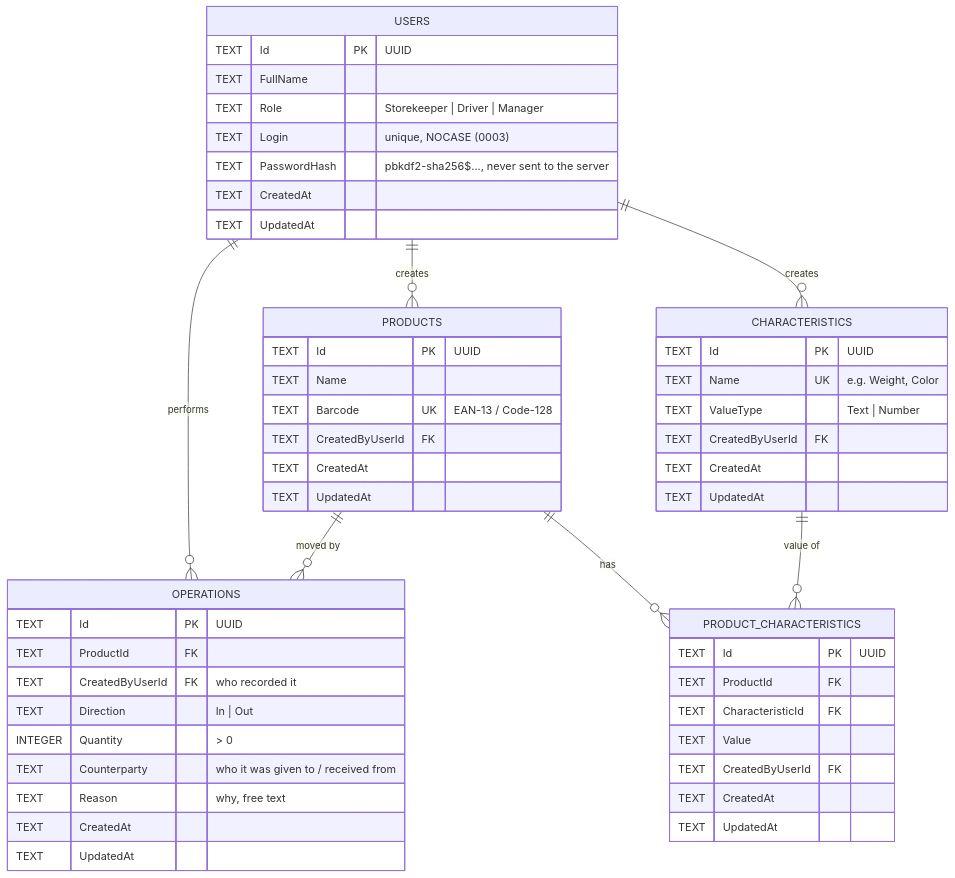
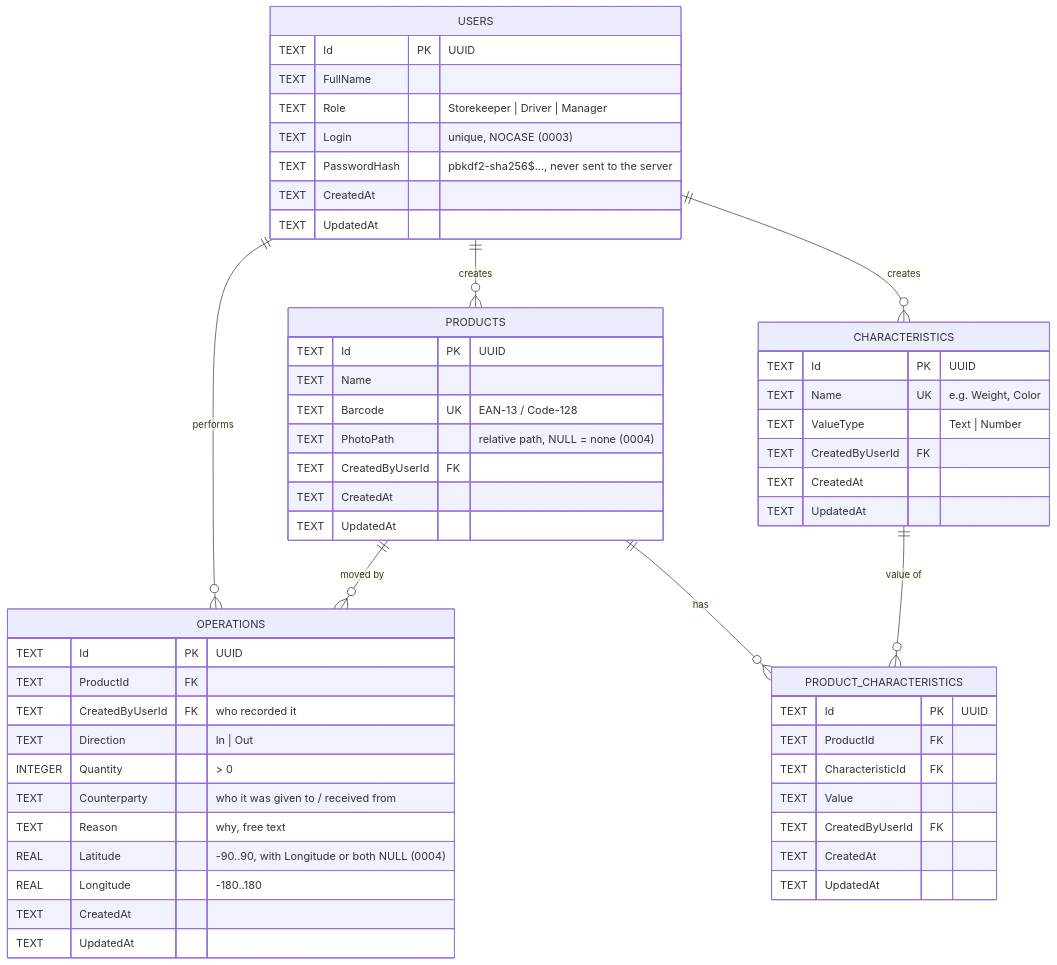
Before and after one commit to VladTetyorko/tdma-lab1-input-form-maui: the first of 2 diagrams in docs/domain/domain-model.md, drawn with Mermaid. The commit also changed other lines of this file and 5 other files, not shown here.

````diff
--- a/docs/domain/domain-model.md
+++ b/docs/domain/domain-model.md
@@ -59,55 +62,58 @@
 ```mermaid
 erDiagram
     USERS ||--o{ OPERATIONS : performs
     USERS ||--o{ PRODUCTS : creates
     USERS ||--o{ CHARACTERISTICS : creates
     PRODUCTS ||--o{ OPERATIONS : "moved by"
     PRODUCTS ||--o{ PRODUCT_CHARACTERISTICS : has
     CHARACTERISTICS ||--o{ PRODUCT_CHARACTERISTICS : "value of"
 
     USERS {
         TEXT Id PK "UUID"
         TEXT FullName
         TEXT Role "Storekeeper | Driver | Manager"
         TEXT Login "unique, NOCASE (0003)"
         TEXT PasswordHash "pbkdf2-sha256$..., never sent to the server"
         TEXT CreatedAt
         TEXT UpdatedAt
     }
     PRODUCTS {
         TEXT Id PK "UUID"
         TEXT Name
         TEXT Barcode UK "EAN-13 / Code-128"
+        TEXT PhotoPath "relative path, NULL = none (0004)"
         TEXT CreatedByUserId FK
         TEXT CreatedAt
         TEXT UpdatedAt
     }
     CHARACTERISTICS {
         TEXT Id PK "UUID"
         TEXT Name UK "e.g. Weight, Color"
         TEXT ValueType "Text | Number"
         TEXT CreatedByUserId FK
         TEXT CreatedAt
         TEXT UpdatedAt
     }
     PRODUCT_CHARACTERISTICS {
         TEXT Id PK "UUID"
         TEXT ProductId FK
         TEXT CharacteristicId FK
         TEXT Value
         TEXT CreatedByUserId FK
         TEXT CreatedAt
         TEXT UpdatedAt
     }
     OPERATIONS {
         TEXT Id PK "UUID"
         TEXT ProductId FK
         TEXT CreatedByUserId FK "who recorded it"
         TEXT Direction "In | Out"
         INTEGER Quantity "> 0"
         TEXT Counterparty "who it was given to / received from"
         TEXT Reason "why, free text"
+        REAL Latitude "-90..90, with Longitude or both NULL (0004)"
+        REAL Longitude "-180..180"
         TEXT CreatedAt
         TEXT UpdatedAt
     }
 ```
````
